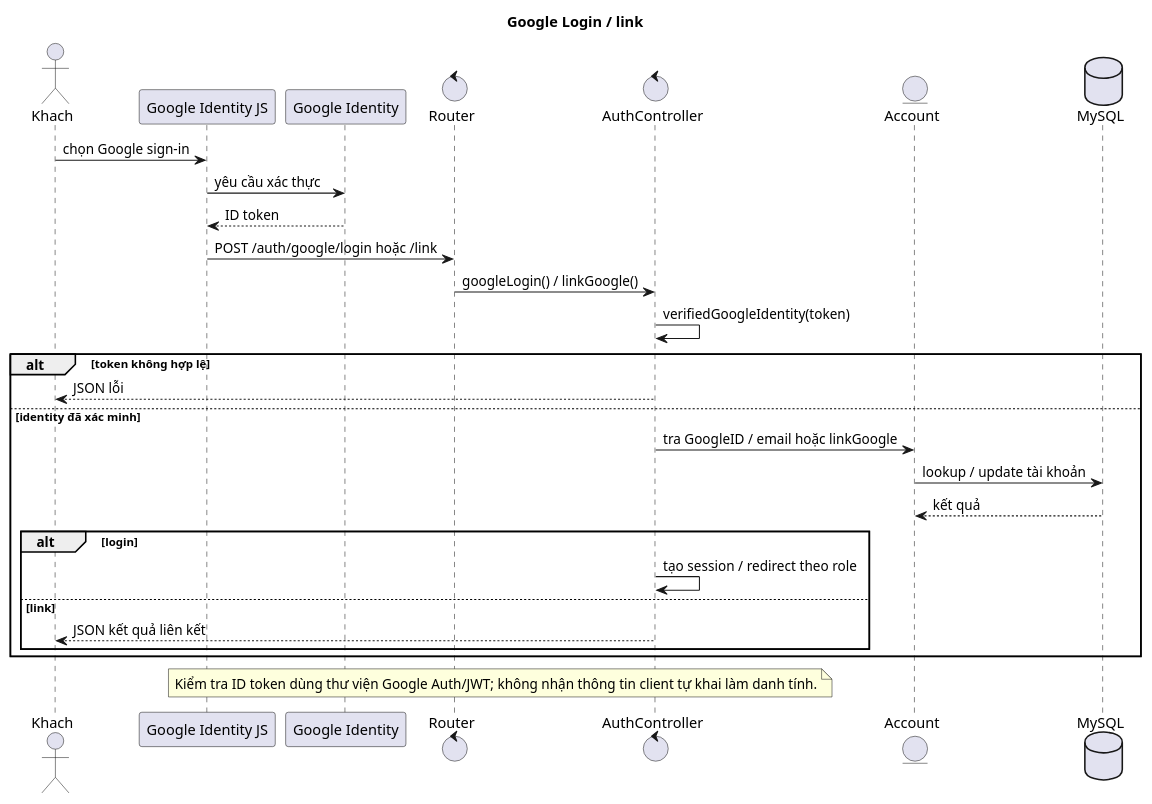
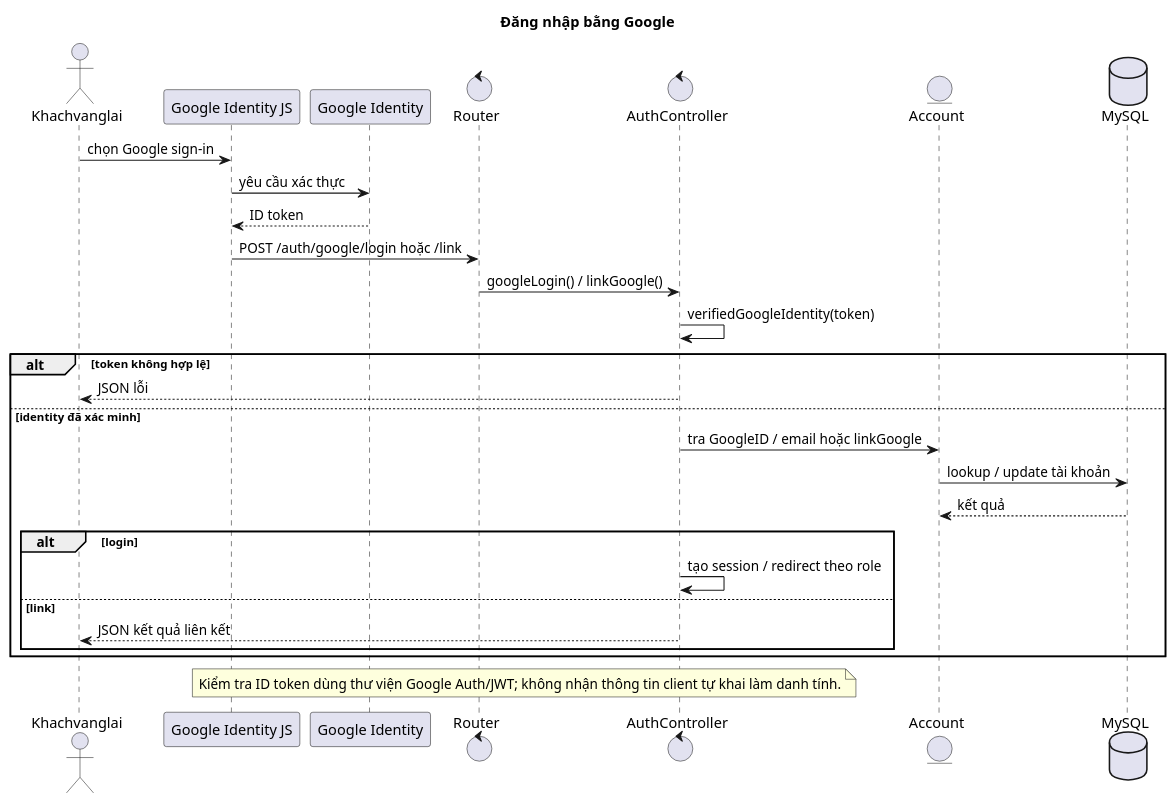
One commit to MrCoww2510/DoAn1CongThanhDucThinh changed the diagram in NOTE/docs/uml/plantuml/sequence/05C_Sequence_GoogleLogin.puml. Above: the diagram before and after it, drawn with PlantUML. The commit also changed 42 other files, not shown here.

```diff
--- a/NOTE/docs/uml/plantuml/sequence/05C_Sequence_GoogleLogin.puml
+++ b/NOTE/docs/uml/plantuml/sequence/05C_Sequence_GoogleLogin.puml
@@ -1,32 +1,32 @@
 @startuml
-title Google Login / link
+title Đăng nhập bằng Google
 skinparam backgroundColor white
 skinparam shadowing false
 skinparam defaultFontName Arial
-actor Khach as U
+actor Khachvanglai as U
 participant "Google Identity JS" as GJS
 participant "Google Identity" as G
 control Router as R
 control AuthController as C
 entity Account as M
 database MySQL as DB
 U -> GJS: chọn Google sign-in
 GJS -> G: yêu cầu xác thực
 G --> GJS: ID token
 GJS -> R: POST /auth/google/login hoặc /link
 R -> C: googleLogin() / linkGoogle()
 C -> C: verifiedGoogleIdentity(token)
 alt token không hợp lệ
  C --> U: JSON lỗi
 else identity đã xác minh
  C -> M: tra GoogleID / email hoặc linkGoogle
  M -> DB: lookup / update tài khoản
  DB --> M: kết quả
  alt login
   C -> C: tạo session / redirect theo role
  else link
   C --> U: JSON kết quả liên kết
  end
 end
 note over C,G: Kiểm tra ID token dùng thư viện Google Auth/JWT; không nhận thông tin client tự khai làm danh tính.
 @enduml
```
